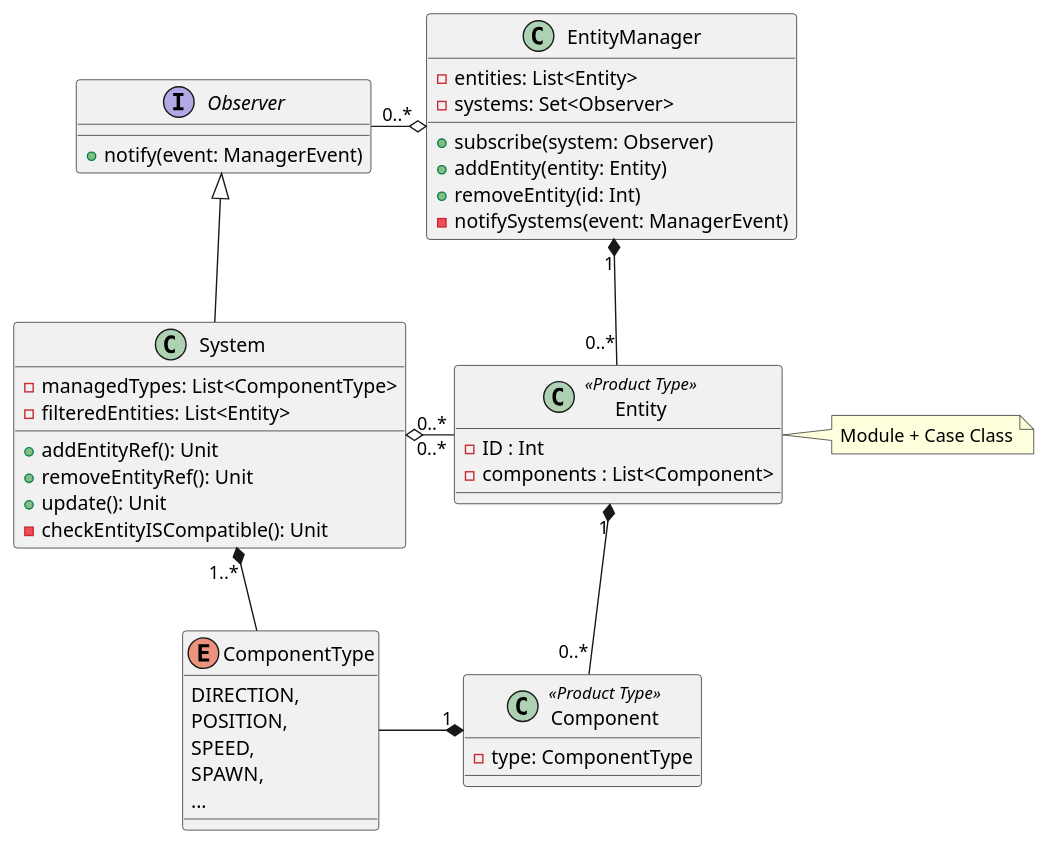
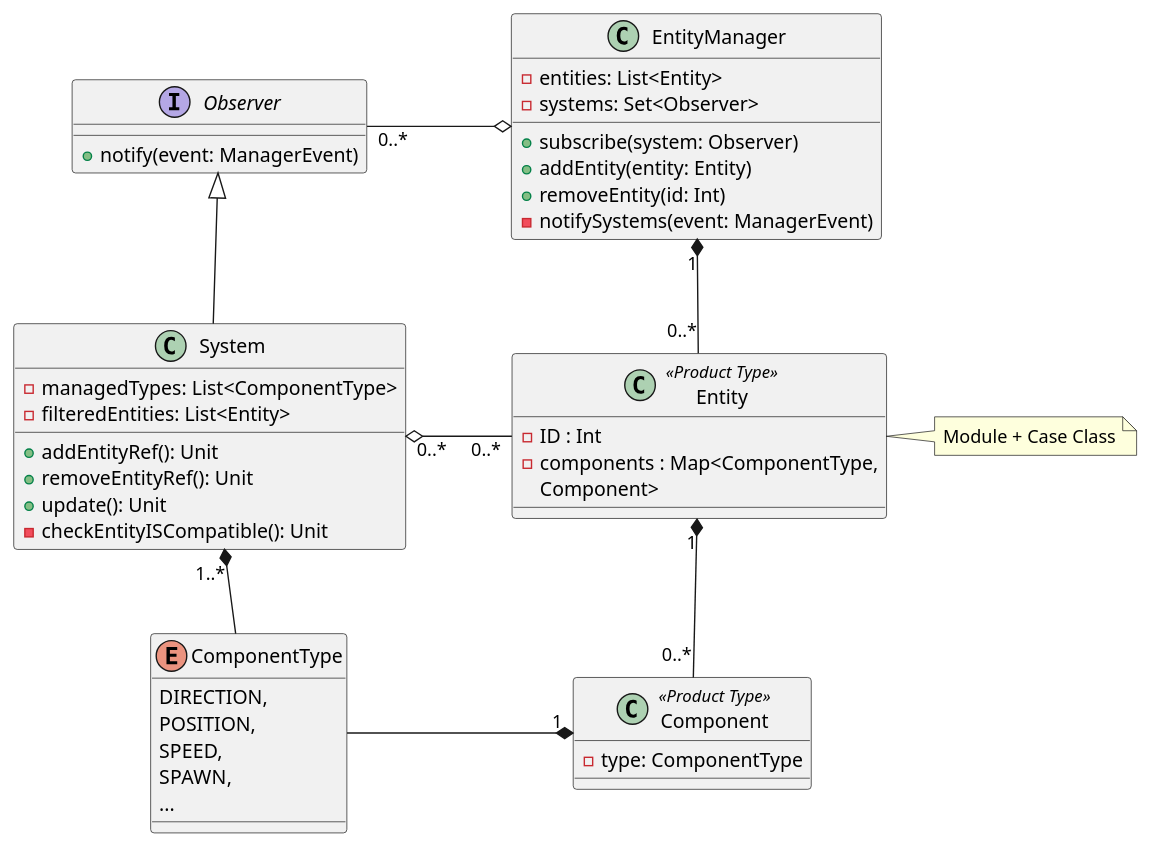
One commit to Unibo-PPS-1920/pps1920-motoScala-report changed the diagram in plantuml/classDiagrams/ECSClassDiagram.plantuml. Above: the diagram before and after it, drawn with PlantUML.

```diff
--- a/plantuml/classDiagrams/ECSClassDiagram.plantuml
+++ b/plantuml/classDiagrams/ECSClassDiagram.plantuml
@@ -1,56 +1,57 @@
 @startuml ECSClassDiagram
 
 scale 1
 
-class Entity <<Product Type>> {
+class "Entity"  as EntityClass <<Product Type>> {
     - ID : Int
-    - components : List<Component>
+    - components : Map<ComponentType, 
+    Component>
 }
 
 enum ComponentType {
     DIRECTION,
     POSITION,
     SPEED,
     SPAWN,
     ...
 }
 
-class Component <<Product Type>> {
+class "Component" as ComponentClass <<Product Type>> {
     - type: ComponentType
 }
 
 interface Observer {
     + notify(event: ManagerEvent)
 }
 
 class System {
     - managedTypes: List<ComponentType>
     - filteredEntities: List<Entity>
 
     + addEntityRef(): Unit
     + removeEntityRef(): Unit
     + update(): Unit
     - checkEntityISCompatible(): Unit
 }
 
 
 class EntityManager{
     - entities: List<Entity>
     - systems: Set<Observer>
     
     + subscribe(system: Observer)
     + addEntity(entity: Entity)
     + removeEntity(id: Int)
     - notifySystems(event: ManagerEvent)
 }
 
-note right of Entity: Module + Case Class
+note right of EntityClass: Module + Case Class
 
 System -up-|> Observer
-EntityManager o-left- "0..*" Observer
-EntityManager "1" *-down- "0..*" Entity
-System "0..*" o-right- "0..*" Entity
-Entity "1" *-down- "0..*" Component
+EntityManager o-left- "0..*" Observer : "                   "
+EntityManager "1" *-down- "0..*" EntityClass
+System "0..*" o-right- "0..*" EntityClass: "            "
+EntityClass"1" *-down- "0..*" ComponentClass
 System "1..*" *-down- ComponentType
-Component "1" *-left- ComponentType
+ComponentClass "1" *-left- ComponentType: "                                    "
 @enduml
```
